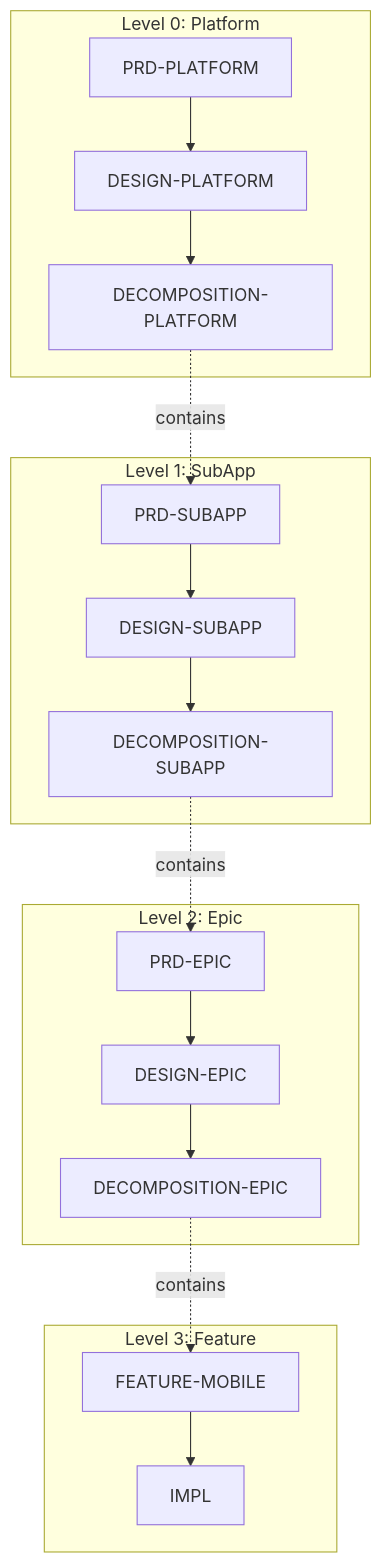
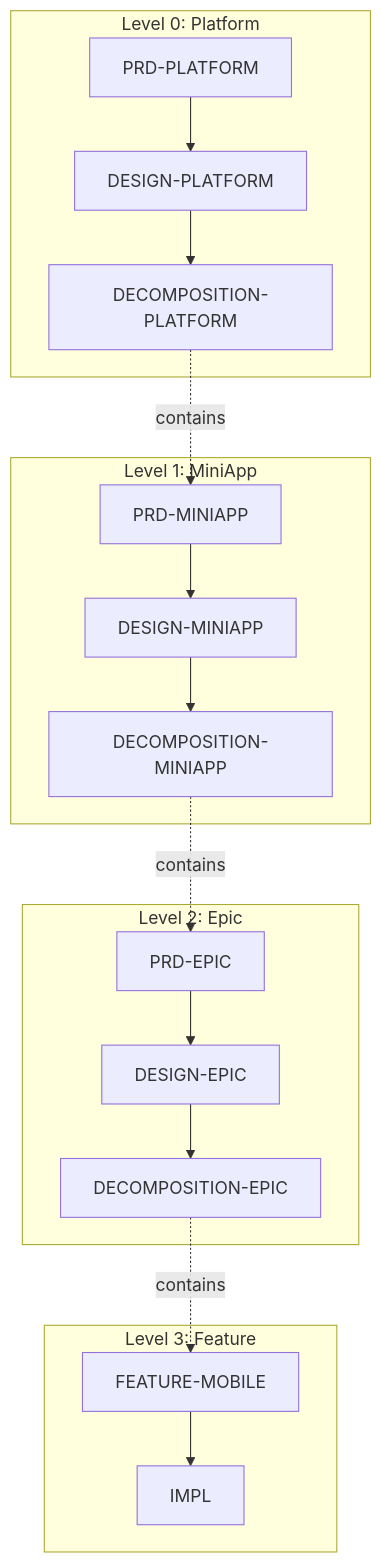
One commit to teslanika/cyber-pilot-kit-mobile-superapp changed the diagram in guides/TAXONOMY.md. Above: the diagram before and after it, drawn with Mermaid. The commit also changed other lines of this file and 60 other files, not shown here.

First line of the commit message:
Rename SubApp -> MiniApp across entire kit

````diff
--- a/guides/TAXONOMY.md
+++ b/guides/TAXONOMY.md
@@ -9,25 +9,25 @@
 ```mermaid
 graph TB
     subgraph L0[Level 0: Platform]
         PRD0[PRD-PLATFORM] --> DESIGN0[DESIGN-PLATFORM]
         DESIGN0 --> DECOMP0[DECOMPOSITION-PLATFORM]
     end
     
-    subgraph L1[Level 1: SubApp]
-        PRD1[PRD-SUBAPP] --> DESIGN1[DESIGN-SUBAPP]
-        DESIGN1 --> DECOMP1[DECOMPOSITION-SUBAPP]
+    subgraph L1[Level 1: MiniApp]
+        PRD1[PRD-MINIAPP] --> DESIGN1[DESIGN-MINIAPP]
+        DESIGN1 --> DECOMP1[DECOMPOSITION-MINIAPP]
     end
     
     subgraph L2[Level 2: Epic]
         PRD2[PRD-EPIC] --> DESIGN2[DESIGN-EPIC]
         DESIGN2 --> DECOMP2[DECOMPOSITION-EPIC]
     end
     
     subgraph L3[Level 3: Feature]
         FEATURE[FEATURE-MOBILE] --> IMPL[IMPL]
     end
     
     DECOMP0 -.->|contains| PRD1
     DECOMP1 -.->|contains| PRD2
     DECOMP2 -.->|contains| FEATURE
 ```
````
